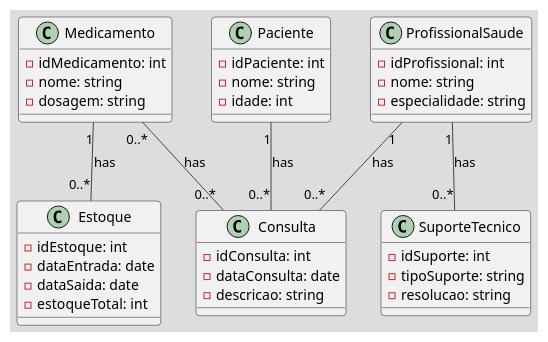
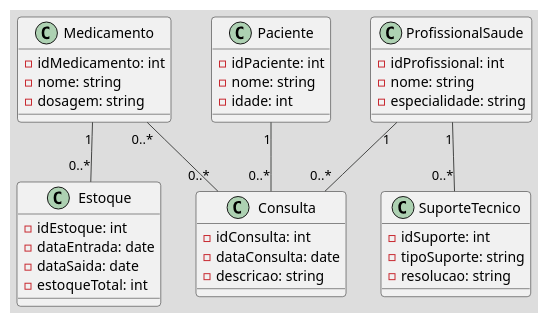
One commit to luisazvd/DC_PME changed the diagram in DiagramaDeClasses.wsd. Above: the diagram before and after it, drawn with PlantUML.

```diff
--- a/DiagramaDeClasses.wsd
+++ b/DiagramaDeClasses.wsd
@@ -1,48 +1,48 @@
 @startuml
 
 !theme toy
 
 class Medicamento {
   - idMedicamento: int
   - nome: string
   - dosagem: string
 }
 
 class Estoque {
   - idEstoque: int
   - dataEntrada: date
   - dataSaida: date
   - estoqueTotal: int
 }
 
 class Consulta {
   - idConsulta: int
   - dataConsulta: date
   - descricao: string
 }
 
 class Paciente {
   - idPaciente: int
   - nome: string
   - idade: int
 }
 
 class ProfissionalSaude {
   - idProfissional: int
   - nome: string
   - especialidade: string
 }
 
 class SuporteTecnico {
   - idSuporte: int
   - tipoSuporte: string
   - resolucao: string
 }
 
-Medicamento "1" -- "0..*" Estoque : has
-Medicamento "0..*" -- "0..*" Consulta : has
-Paciente "1" -- "0..*" Consulta : has
-ProfissionalSaude "1" -- "0..*" Consulta : has
-ProfissionalSaude "1" -- "0..*" SuporteTecnico : has
+Medicamento "1" -- "0..*" Estoque
+Medicamento "0..*" -- "0..*" Consulta
+Paciente "1" -- "0..*" Consulta
+ProfissionalSaude "1" -- "0..*" Consulta
+ProfissionalSaude "1" -- "0..*" SuporteTecnico
 
 @enduml
```
